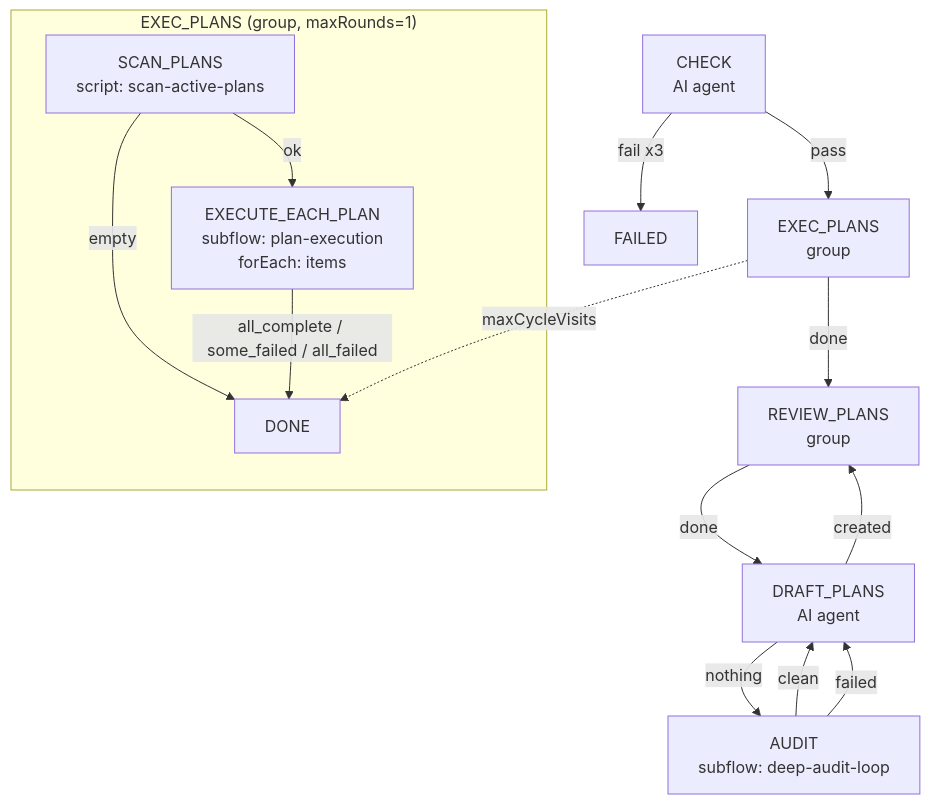
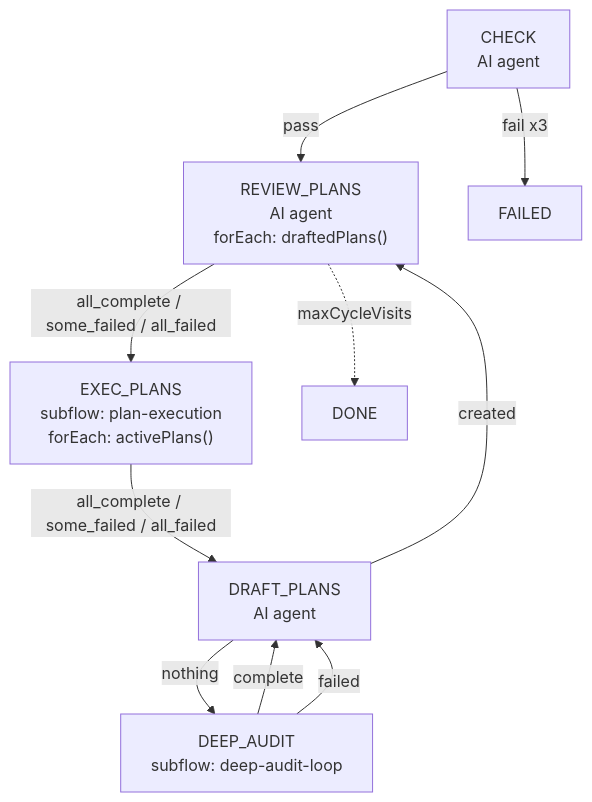
Before and after one commit to entropy-cloud/attractor-guided-engineering-template: the first of 3 diagrams in tools/mission-driver/design/mission-driver-flow-design.md, drawn with Mermaid. The commit also changed other lines of this file and 11 other files, not shown here.

````diff
--- a/tools/mission-driver/design/mission-driver-flow-design.md
+++ b/tools/mission-driver/design/mission-driver-flow-design.md
@@ -43,23 +45,17 @@
 ```mermaid
 flowchart TD
-    HC["CHECK<br/>AI agent"] -->|pass| EAP["EXEC_PLANS<br/>group"]
+    HC["CHECK<br/>AI agent"] -->|pass| RP["REVIEW_PLANS<br/>AI agent<br/>forEach: draftedPlans()"]
     HC -->|fail x3| FAILED
 
-    subgraph EAP_G["EXEC_PLANS (group, maxRounds=1)"]
-        SP["SCAN_PLANS<br/>script: scan-active-plans"] -->|ok| EEP["EXECUTE_EACH_PLAN<br/>subflow: plan-execution<br/>forEach: items"]
-        SP -->|empty| DONE
-        EEP -->|all_complete / some_failed / all_failed| DONE
-    end
+    RP -->|all_complete / some_failed / all_failed| EAP["EXEC_PLANS<br/>subflow: plan-execution<br/>forEach: activePlans()"]
 
-    EAP -->|done| RP["REVIEW_PLANS<br/>group"]
-
-    RP -->|done| DP["DRAFT_PLANS<br/>AI agent"]
+    EAP -->|all_complete / some_failed / all_failed| DP["DRAFT_PLANS<br/>AI agent"]
 
     DP -->|created| RP
-    DP -->|nothing| DAL["AUDIT<br/>subflow: deep-audit-loop"]
+    DP -->|nothing| DAL["DEEP_AUDIT<br/>subflow: deep-audit-loop"]
 
-    DAL -->|clean| DP
+    DAL -->|complete| DP
     DAL -->|failed| DP
 
-    EAP -.->|maxCycleVisits| DONE
+    RP -.->|maxCycleVisits| DONE
 ```
````
